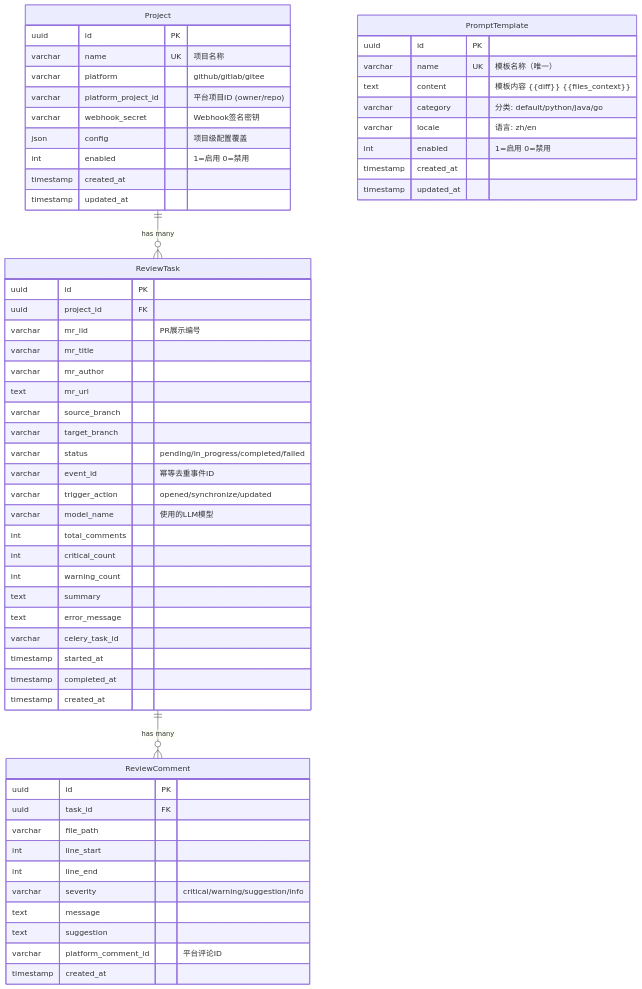
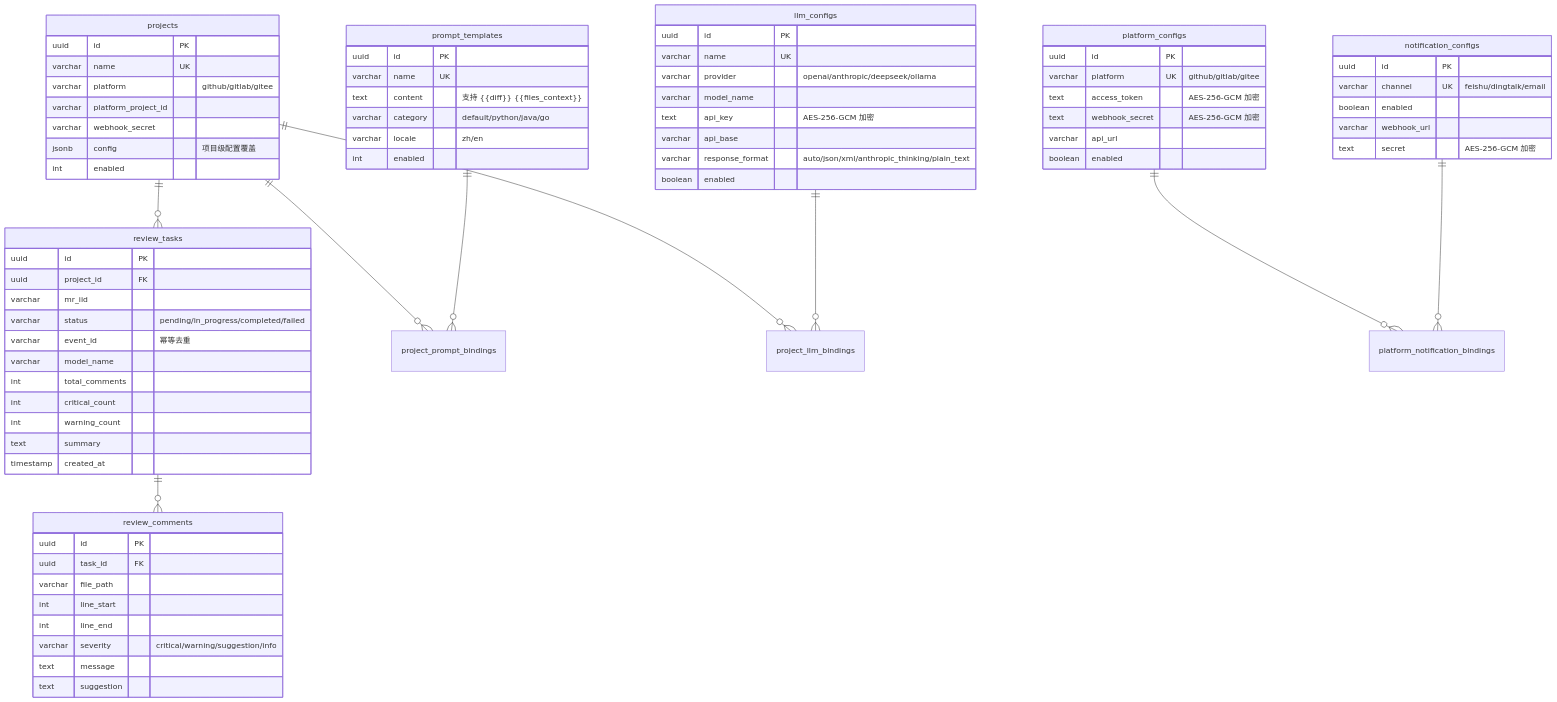
Before and after one commit to lycodeing/code-review: the third of 5 diagrams in docs/architecture.md, drawn with Mermaid. The commit also changed other lines of this file and 1 other file, not shown here.

Commit message:
docs: 更新架构图和 README（反映 monorepo 重组后的完整结构）

````diff
--- a/docs/architecture.md
+++ b/docs/architecture.md
@@ -253,52 +175,39 @@
 ```mermaid
 erDiagram
-    Project ||--o{ ReviewTask : "has many"
-    ReviewTask ||--o{ ReviewComment : "has many"
-    PromptTemplate {
+    projects ||--o{ review_tasks : ""
+    projects ||--o{ project_prompt_bindings : ""
+    projects ||--o{ project_llm_bindings : ""
+    review_tasks ||--o{ review_comments : ""
+    prompt_templates ||--o{ project_prompt_bindings : ""
+    llm_configs ||--o{ project_llm_bindings : ""
+    platform_configs ||--o{ platform_notification_bindings : ""
+    notification_configs ||--o{ platform_notification_bindings : ""
+
+    projects {
         uuid id PK
-        varchar name UK "模板名称（唯一）"
-        text content "模板内容 {{diff}} {{files_context}}"
-        varchar category "分类: default/python/java/go"
-        varchar locale "语言: zh/en"
-        int enabled "1=启用 0=禁用"
-        timestamp created_at
-        timestamp updated_at
+        varchar name UK
+        varchar platform "github/gitlab/gitee"
+        varchar platform_project_id
+        varchar webhook_secret
+        jsonb config "项目级配置覆盖"
+        int enabled
     }
-    Project {
-        uuid id PK
-        varchar name UK "项目名称"
-        varchar platform "github/gitlab/gitee"
-        varchar platform_project_id "平台项目ID (owner/repo)"
-        varchar webhook_secret "Webhook签名密钥"
-        json config "项目级配置覆盖"
-        int enabled "1=启用 0=禁用"
-        timestamp created_at
-        timestamp updated_at
-    }
-    ReviewTask {
+
+    review_tasks {
         uuid id PK
         uuid project_id FK
-        varchar mr_iid "PR展示编号"
-        varchar mr_title
-        varchar mr_author
-        text mr_url
-        varchar source_branch
-        varchar target_branch
+        varchar mr_iid
         varchar status "pending/in_progress/completed/failed"
-        varchar event_id "幂等去重事件ID"
-        varchar trigger_action "opened/synchronize/updated"
-        varchar model_name "使用的LLM模型"
+        varchar event_id "幂等去重"
+        varchar model_name
         int total_comments
         int critical_count
         int warning_count
         text summary
-        text error_message
-        varchar celery_task_id
-        timestamp started_at
-        timestamp completed_at
         timestamp created_at
     }
-    ReviewComment {
+
+    review_comments {
         uuid id PK
         uuid task_id FK
         varchar file_path
@@ -307,7 +216,42 @@
         varchar severity "critical/warning/suggestion/info"
         text message
         text suggestion
-        varchar platform_comment_id "平台评论ID"
-        timestamp created_at
+    }
+
+    prompt_templates {
+        uuid id PK
+        varchar name UK
+        text content "支持 {{diff}} {{files_context}}"
+        varchar category "default/python/java/go"
+        varchar locale "zh/en"
+        int enabled
+    }
+
+    platform_configs {
+        uuid id PK
+        varchar platform UK "github/gitlab/gitee"
+        text access_token "AES-256-GCM 加密"
+        text webhook_secret "AES-256-GCM 加密"
+        varchar api_url
+        boolean enabled
+    }
+
+    notification_configs {
+        uuid id PK
+        varchar channel UK "feishu/dingtalk/email"
+        boolean enabled
+        varchar webhook_url
+        text secret "AES-256-GCM 加密"
+    }
+
+    llm_configs {
+        uuid id PK
+        varchar name UK
+        varchar provider "openai/anthropic/deepseek/ollama"
+        varchar model_name
+        text api_key "AES-256-GCM 加密"
+        varchar api_base
+        varchar response_format "auto/json/xml/anthropic_thinking/plain_text"
+        boolean enabled
     }
 ```
````
